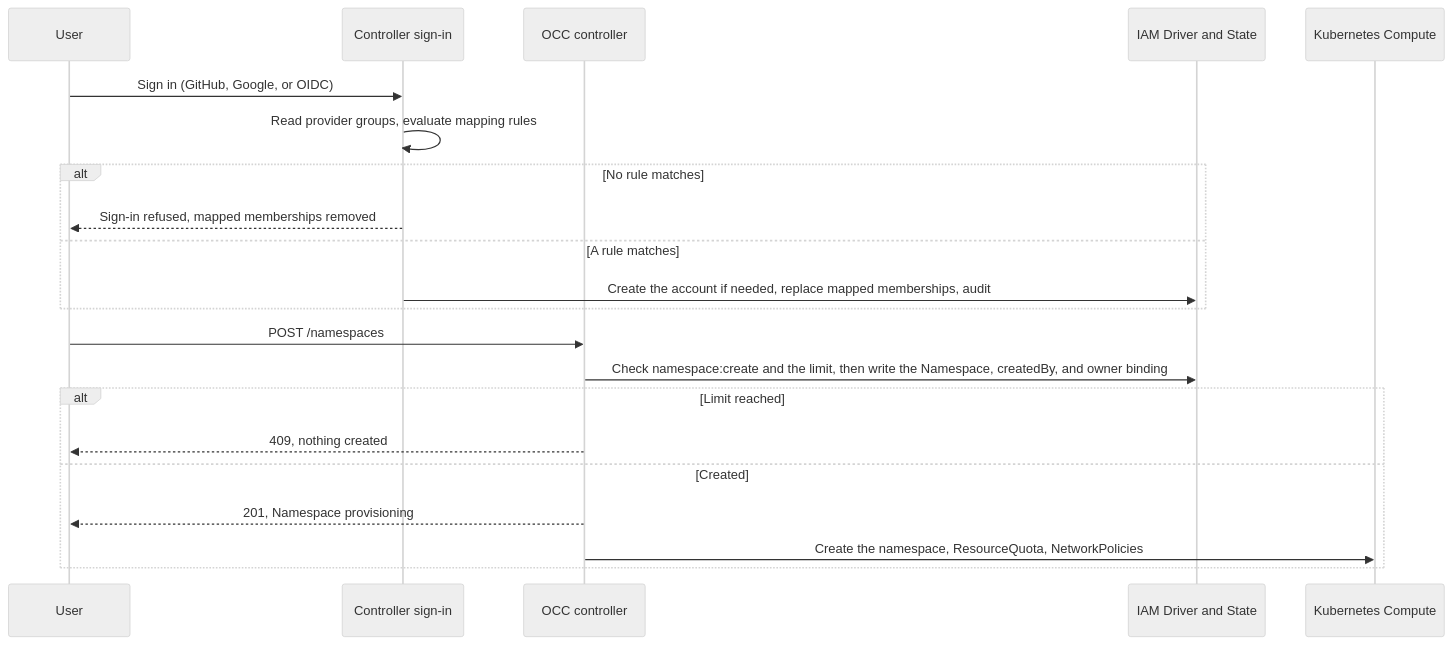
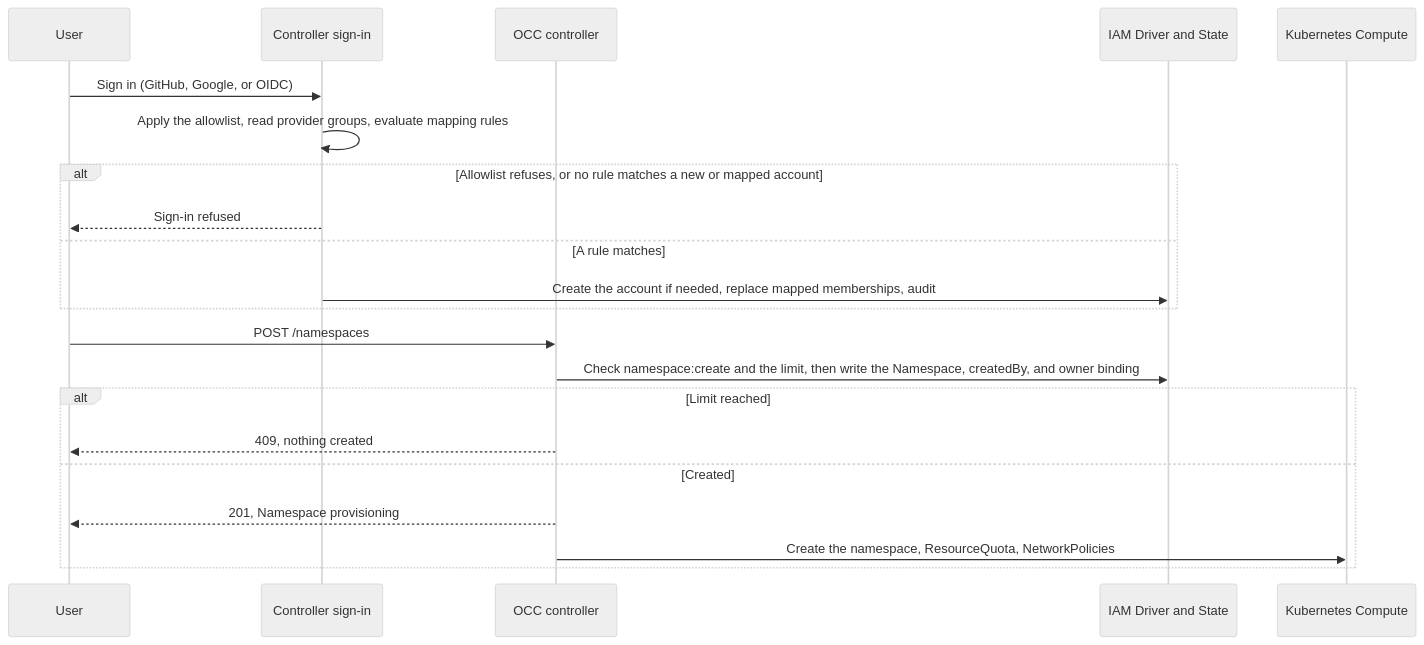
One commit to openclaw/openclaw-enterprise changed the diagram in specs/rfcs/0024-self-service-users.md. Above: the diagram before and after it, drawn with Mermaid (neutral theme). The commit also changed other lines of this file and 1 other file, not shown here.

First line of the commit message:
docs(rfc): keep existing sign-in flows and allow shared connections

````diff
--- a/specs/rfcs/0024-self-service-users.md
+++ b/specs/rfcs/0024-self-service-users.md
@@ -176,23 +183,23 @@
 ```mermaid
 sequenceDiagram
   participant User
   participant Auth as Controller sign-in
   participant OCC as OCC controller
   participant IAM as IAM Driver and State
   participant K8s as Kubernetes Compute
   User->>Auth: Sign in (GitHub, Google, or OIDC)
-  Auth->>Auth: Read provider groups, evaluate mapping rules
-  alt No rule matches
-    Auth-->>User: Sign-in refused, mapped memberships removed
+  Auth->>Auth: Apply the allowlist, read provider groups, evaluate mapping rules
+  alt Allowlist refuses, or no rule matches a new or mapped account
+    Auth-->>User: Sign-in refused
   else A rule matches
     Auth->>IAM: Create the account if needed, replace mapped memberships, audit
   end
   User->>OCC: POST /namespaces
   OCC->>IAM: Check namespace:create and the limit, then write the Namespace, createdBy, and owner binding
   alt Limit reached
     OCC-->>User: 409, nothing created
   else Created
     OCC-->>User: 201, Namespace provisioning
     OCC->>K8s: Create the namespace, ResourceQuota, NetworkPolicies
   end
 ```
````
